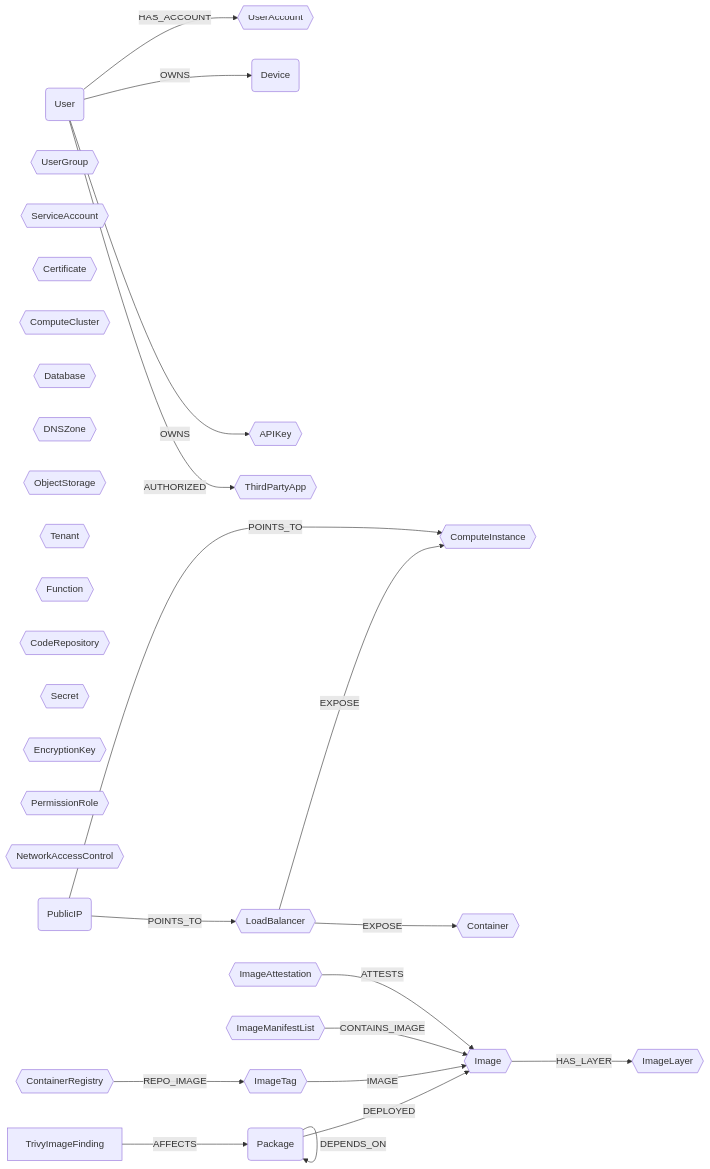
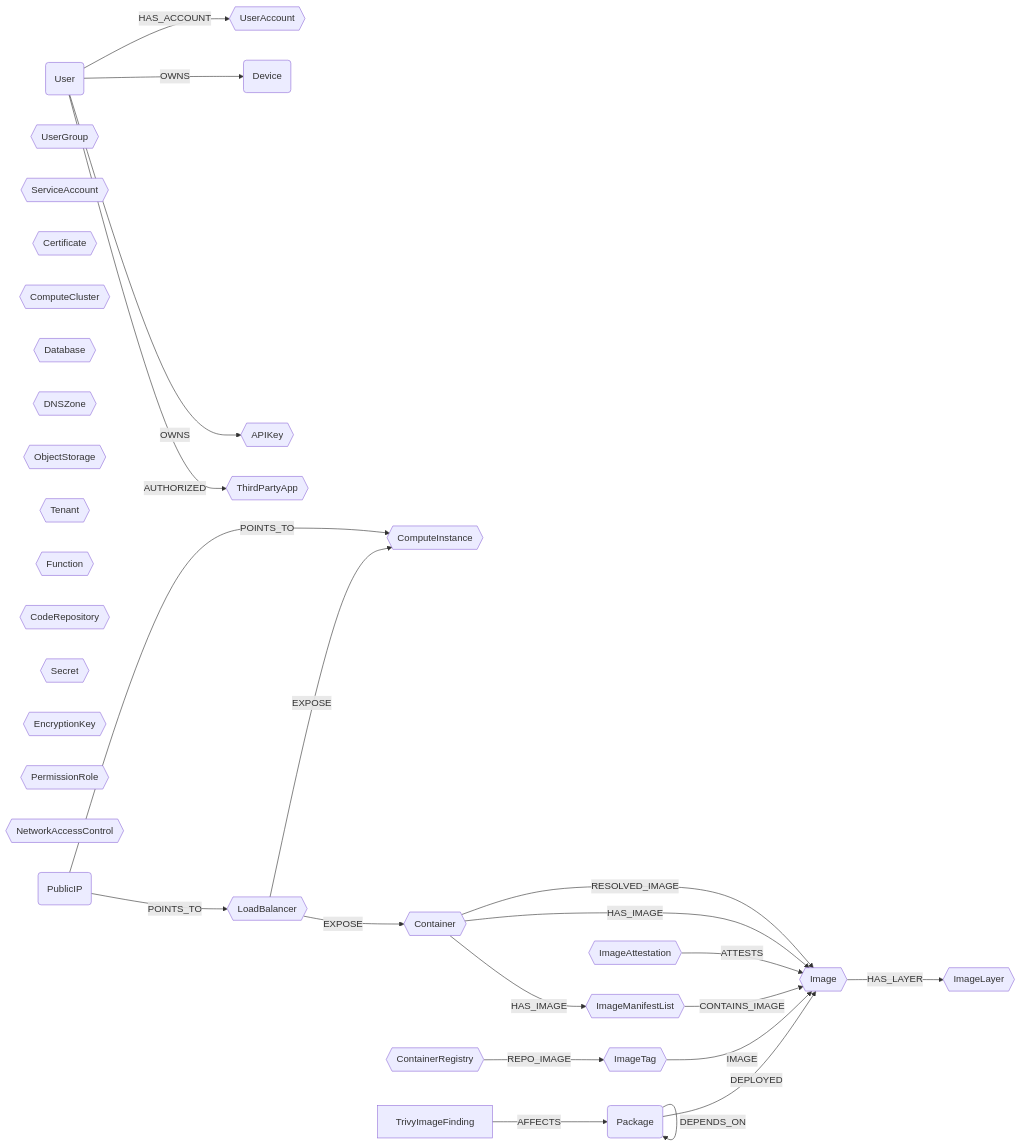
The diagram in docs/root/modules/ontology/schema.md (sec-js/cartography), drawn with Mermaid before and after one commit. The commit also changed other lines of this file and 3 other files, not shown here.

````diff
--- a/docs/root/modules/ontology/schema.md
+++ b/docs/root/modules/ontology/schema.md
@@ -6,34 +6,37 @@
 ```mermaid
 graph LR
 
 U(User) -- HAS_ACCOUNT --> UA{{UserAccount}}
 U -- OWNS --> CC(Device)
 U -- OWNS --> AK{{APIKey}}
 U -- AUTHORIZED --> OA{{ThirdPartyApp}}
 UG{{UserGroup}}
 SA{{ServiceAccount}}
 CERT{{Certificate}}
 LB{{LoadBalancer}} -- EXPOSE --> CI{{ComputeInstance}}
 LB{{LoadBalancer}} -- EXPOSE --> CT{{Container}}
 CL{{ComputeCluster}}
 DB{{Database}}
 DZ{{DNSZone}}
 OS{{ObjectStorage}}
 TN{{Tenant}}
 FN{{Function}}
 REPO{{CodeRepository}}
 SC{{Secret}}
 EK{{EncryptionKey}}
 PR{{PermissionRole}}
 NAC{{NetworkAccessControl}}
 PIP(PublicIP) -- POINTS_TO --> LB
 PIP -- POINTS_TO --> CI
 PKG(Package) -- DEPLOYED --> IM{{Image}}
 PKG -- DEPENDS_ON --> PKG
 F[TrivyImageFinding] -- AFFECTS --> PKG
 CR{{ContainerRegistry}} -- REPO_IMAGE --> IT{{ImageTag}}
 IT -- IMAGE --> IM
 IML{{ImageManifestList}} -- CONTAINS_IMAGE --> IM
 IA{{ImageAttestation}} -- ATTESTS --> IM
 IM -- HAS_LAYER --> IL{{ImageLayer}}
+CT -- HAS_IMAGE --> IM
+CT -- HAS_IMAGE --> IML
+CT -- RESOLVED_IMAGE --> IM
 ```
````
